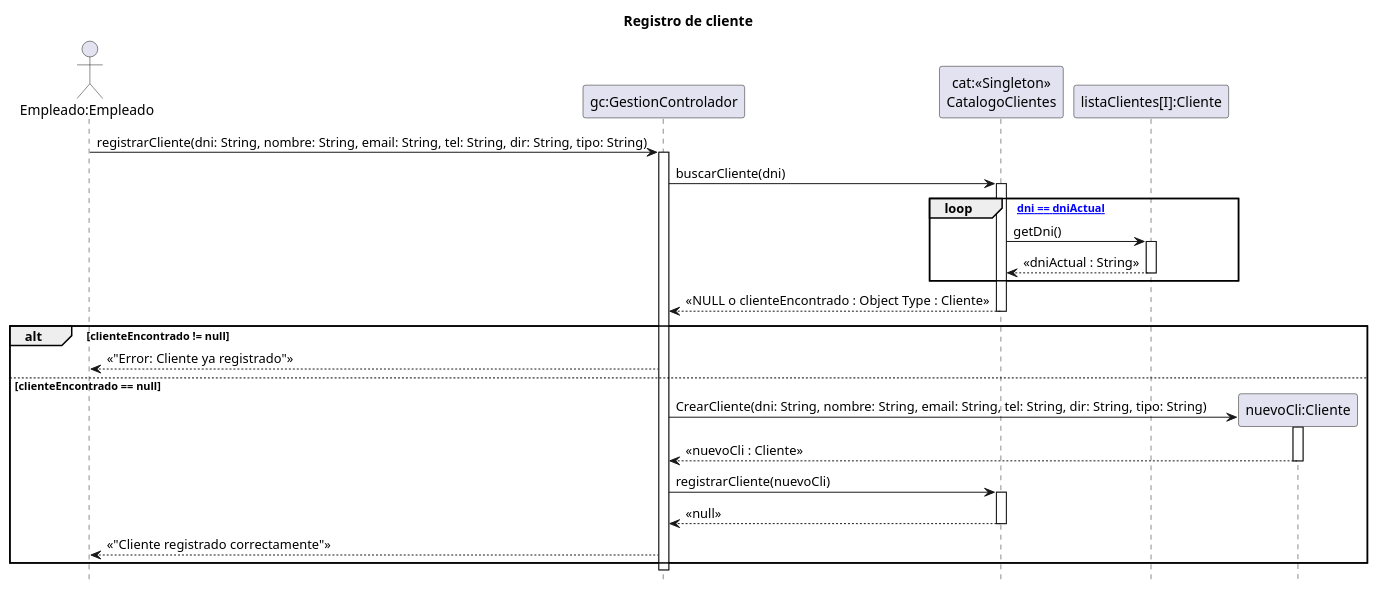
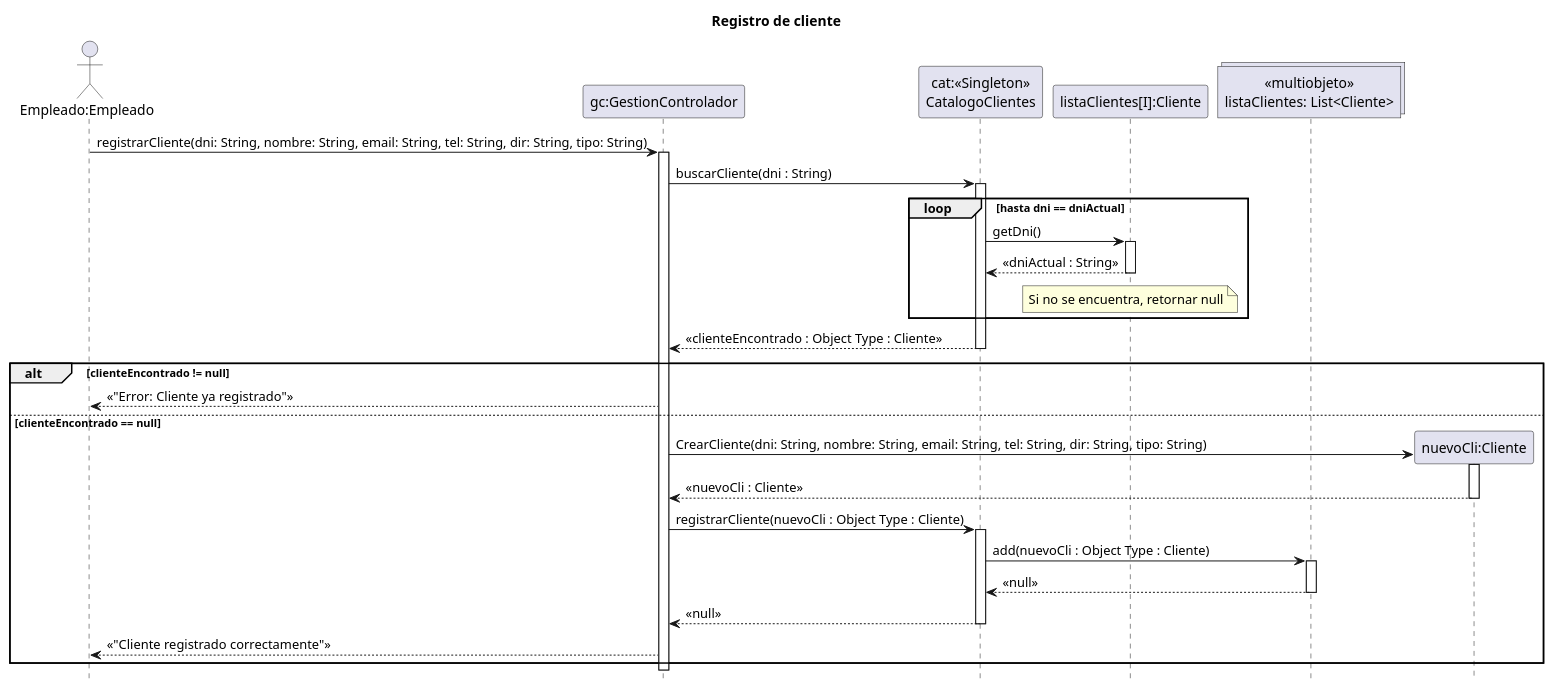
The diagram in 08 - Diagramas de Secuencia de Diseño/CargaClientes/CargaClientes.puml (zEzequR/PF-I), drawn with PlantUML before and after one commit. The commit also changed 18 other files, not shown here.

```diff
--- a/08 - Diagramas de Secuencia de Diseño/CargaClientes/CargaClientes.puml
+++ b/08 - Diagramas de Secuencia de Diseño/CargaClientes/CargaClientes.puml
@@ -1,47 +1,53 @@
 @startuml
 title Registro de cliente
 
 hide footbox
 
 actor "Empleado:Empleado" as emp
 participant "gc:GestionControlador" as ctrl
 participant "cat:<<Singleton>>\nCatalogoClientes" as cat
 participant "listaClientes[I]:Cliente" as cliente_actual
+collections "«multiobjeto»\nlistaClientes: List<Cliente>" as lista_cli
 
 emp -> ctrl : registrarCliente(dni: String, nombre: String, email: String, tel: String, dir: String, tipo: String)
 activate ctrl
 
-ctrl -> cat : buscarCliente(dni)
+ctrl -> cat : buscarCliente(dni : String)
 activate cat
 
-loop [hasta dni == dniActual]
+loop hasta dni == dniActual
     cat -> cliente_actual : getDni()
     activate cliente_actual
     cliente_actual --> cat : << dniActual : String >>
     deactivate cliente_actual
+    note over of cliente_actual: Si no se encuentra, retornar null
 end
 
-cat --> ctrl : << NULL o clienteEncontrado : Object Type : Cliente >>
+cat --> ctrl : << clienteEncontrado : Object Type : Cliente >>
 deactivate cat
 
 alt clienteEncontrado != null
     ctrl --> emp : << "Error: Cliente ya registrado" >>
 
 else clienteEncontrado == null
     create participant "nuevoCli:Cliente" as nuevo_cli
     ctrl -> nuevo_cli : CrearCliente(dni: String, nombre: String, email: String, tel: String, dir: String, tipo: String)
     activate nuevo_cli
     nuevo_cli --> ctrl : << nuevoCli : Cliente >>
     deactivate nuevo_cli
 
-    ctrl -> cat : registrarCliente(nuevoCli)
+    ctrl -> cat : registrarCliente(nuevoCli : Object Type : Cliente)
     activate cat
+    cat -> lista_cli : add(nuevoCli : Object Type : Cliente)
+    activate lista_cli
+    lista_cli --> cat : << null >>
+    deactivate lista_cli
     cat --> ctrl : << null >>
     deactivate cat
     
     ctrl --> emp : << "Cliente registrado correctamente" >>
     
 end
 
 deactivate ctrl
 @enduml
```
